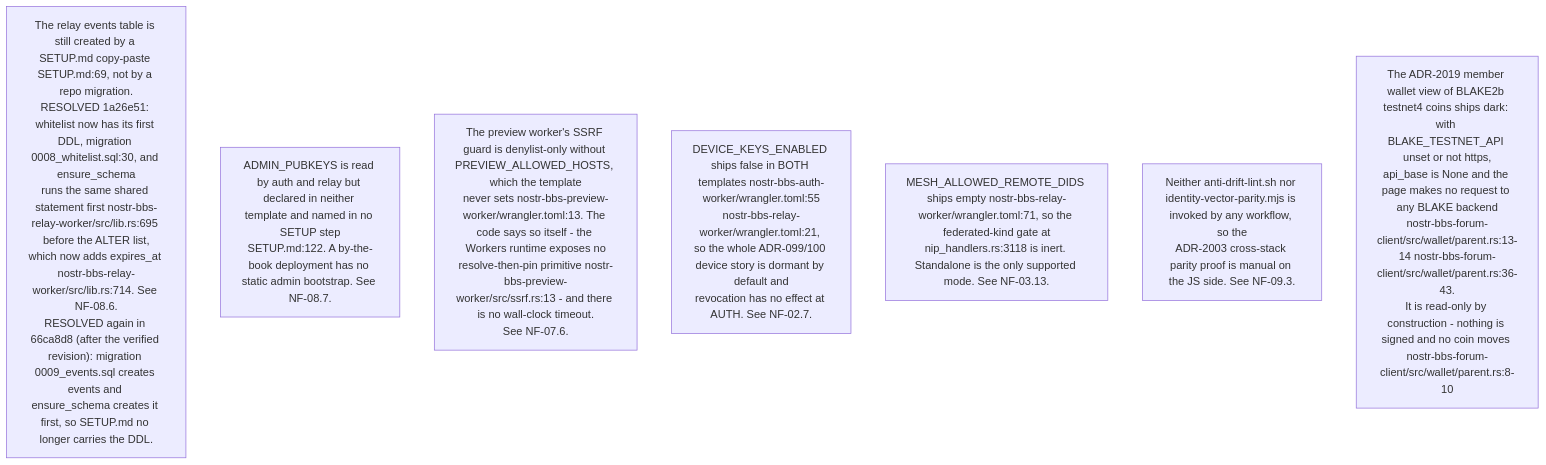
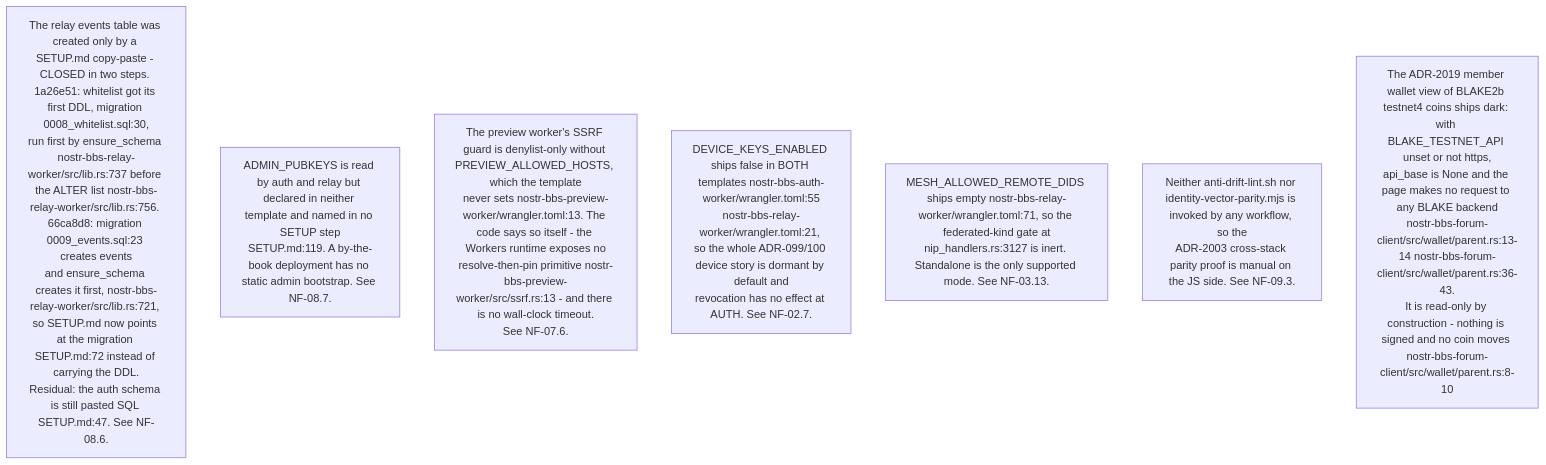
The sixth of 10 diagrams in docs/diagrams/nostr-rust-forum/10-invariants-and-anomaly-register.md (DreamLab-AI/VisionFlow), drawn with Mermaid before and after one commit. The commit also changed other lines of this file and 26 other files, not shown here.

First line of the commit message:
docs(diagrams): re-verify solid-pod-rs, nostr-rust-forum and visionclaw 22/36 against HEAD

````diff
--- a/docs/diagrams/nostr-rust-forum/10-invariants-and-anomaly-register.md
+++ b/docs/diagrams/nostr-rust-forum/10-invariants-and-anomaly-register.md
@@ -137,10 +139,10 @@
 ```mermaid
 flowchart TB
-    S1["The relay events table is still created by a SETUP.md copy-paste SETUP.md:69, not by a repo migration.<br/>RESOLVED 1a26e51: whitelist now has its first DDL, migration 0008_whitelist.sql:30, and ensure_schema<br/>runs the same shared statement first nostr-bbs-relay-worker/src/lib.rs:695 before the ALTER list,<br/>which now adds expires_at nostr-bbs-relay-worker/src/lib.rs:714. See NF-08.6.<br/>RESOLVED again in 66ca8d8 (after the verified revision): migration 0009_events.sql creates events and ensure_schema creates it first, so SETUP.md no longer carries the DDL."]
-    S2["ADMIN_PUBKEYS is read by auth and relay but declared in neither template and named in no SETUP step<br/>SETUP.md:122. A by-the-book deployment has no static admin bootstrap. See NF-08.7."]
+    S1["The relay events table was created only by a SETUP.md copy-paste - CLOSED in two steps. 1a26e51: whitelist got its first DDL, migration 0008_whitelist.sql:30,<br/>run first by ensure_schema nostr-bbs-relay-worker/src/lib.rs:737 before the ALTER list nostr-bbs-relay-worker/src/lib.rs:756. 66ca8d8: migration 0009_events.sql:23 creates events<br/>and ensure_schema creates it first, nostr-bbs-relay-worker/src/lib.rs:721, so SETUP.md now points at the migration SETUP.md:72 instead of carrying the DDL.<br/>Residual: the auth schema is still pasted SQL SETUP.md:47. See NF-08.6."]
+    S2["ADMIN_PUBKEYS is read by auth and relay but declared in neither template and named in no SETUP step<br/>SETUP.md:119. A by-the-book deployment has no static admin bootstrap. See NF-08.7."]
     S3["The preview worker's SSRF guard is denylist-only without PREVIEW_ALLOWED_HOSTS, which the template<br/>never sets nostr-bbs-preview-worker/wrangler.toml:13. The code says so itself - the Workers runtime exposes no<br/>resolve-then-pin primitive nostr-bbs-preview-worker/src/ssrf.rs:13 - and there is no wall-clock timeout.<br/>See NF-07.6."]
     S4["DEVICE_KEYS_ENABLED ships false in BOTH templates nostr-bbs-auth-worker/wrangler.toml:55<br/>nostr-bbs-relay-worker/wrangler.toml:21, so the whole ADR-099/100 device story is dormant by default and<br/>revocation has no effect at AUTH. See NF-02.7."]
-    S5["MESH_ALLOWED_REMOTE_DIDS ships empty nostr-bbs-relay-worker/wrangler.toml:71, so the federated-kind gate at<br/>nip_handlers.rs:3118 is inert. Standalone is the only supported mode. See NF-03.13."]
+    S5["MESH_ALLOWED_REMOTE_DIDS ships empty nostr-bbs-relay-worker/wrangler.toml:71, so the federated-kind gate at<br/>nip_handlers.rs:3127 is inert. Standalone is the only supported mode. See NF-03.13."]
     S6["Neither anti-drift-lint.sh nor identity-vector-parity.mjs is invoked by any workflow, so the<br/>ADR-2003 cross-stack parity proof is manual on the JS side. See NF-09.3."]
     S7["The ADR-2019 member wallet view of BLAKE2b testnet4 coins ships dark: with BLAKE_TESTNET_API unset or not https,<br/>api_base is None and the page makes no request to any BLAKE backend<br/>nostr-bbs-forum-client/src/wallet/parent.rs:13-14 nostr-bbs-forum-client/src/wallet/parent.rs:36-43.<br/>It is read-only by construction - nothing is signed and no coin moves nostr-bbs-forum-client/src/wallet/parent.rs:8-10"]
 ```
````
